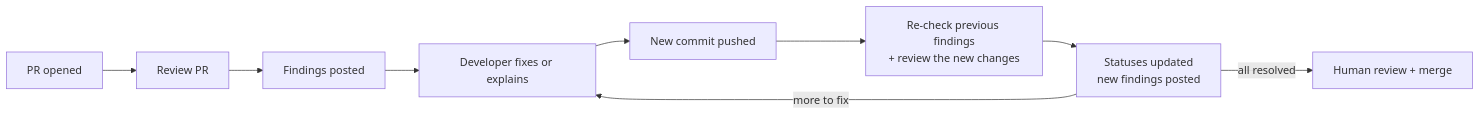
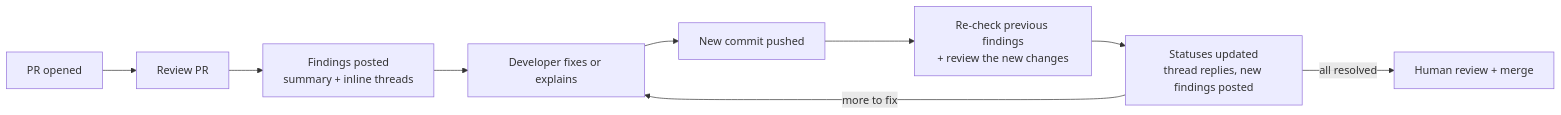
The first of 14 diagrams in docs/agentic-pr-review-system-design.v1.md (bryanChatsirichai/github_agentic_pr_reviewer), drawn with Mermaid before and after one commit. The commit also changed other lines of this file and 1 other file, not shown here.

First line of the commit message:
Docs: Bring remaining diagrams and sections in line with Step 9b

````diff
--- a/docs/agentic-pr-review-system-design.v1.md
+++ b/docs/agentic-pr-review-system-design.v1.md
@@ -42,11 +42,11 @@
 ```mermaid
 flowchart LR
     O[PR opened] --> R[Review PR]
-    R --> P[Findings posted]
+    R --> P["Findings posted<br/>summary + inline threads"]
     P --> F[Developer fixes or explains]
     F --> C[New commit pushed]
     C --> RR["Re-check previous findings<br/>+ review the new changes"]
-    RR --> U["Statuses updated<br/>new findings posted"]
+    RR --> U["Statuses updated<br/>thread replies, new findings posted"]
     U -->|more to fix| F
     U -->|all resolved| H[Human review + merge]
 ```
````
